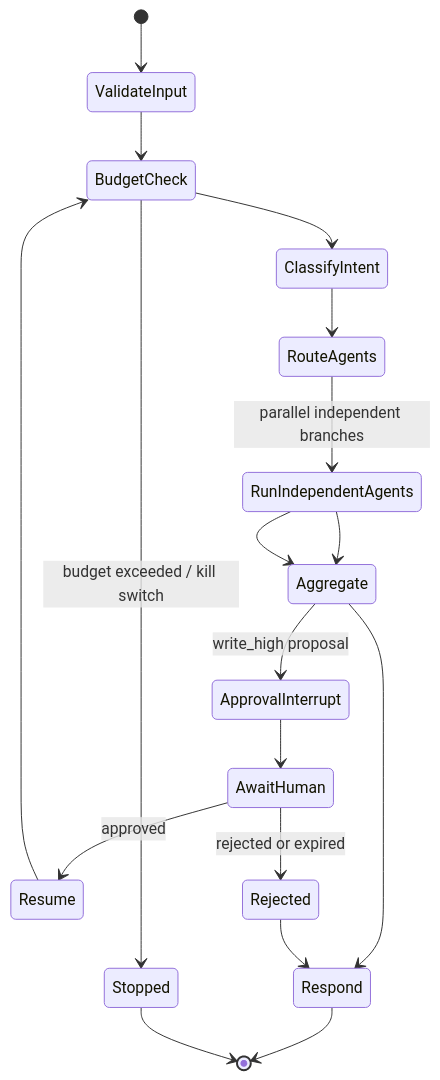
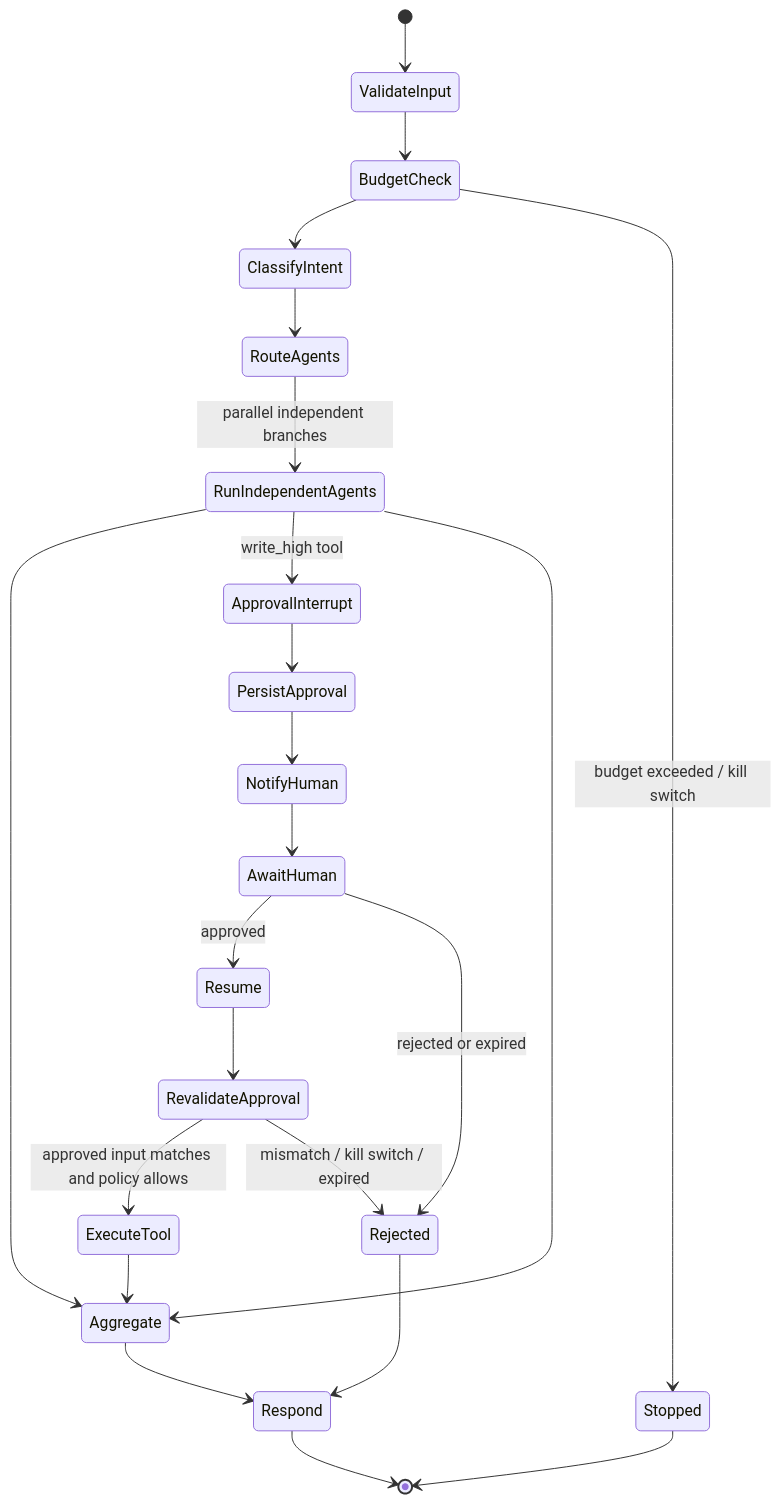
The diagram in docs/architecture/04-supervisor-graph.md (emmanuelmassawe/Multi-agent-e-commerce-platform), drawn with Mermaid before and after one commit. The commit also changed other lines of this file and 28 other files, not shown here.

````diff
--- a/docs/architecture/04-supervisor-graph.md
+++ b/docs/architecture/04-supervisor-graph.md
@@ -3,20 +3,25 @@
 ```mermaid
 stateDiagram-v2
   [*] --> ValidateInput
   ValidateInput --> BudgetCheck
   BudgetCheck --> ClassifyIntent
   BudgetCheck --> Stopped: budget exceeded / kill switch
   ClassifyIntent --> RouteAgents
   RouteAgents --> RunIndependentAgents: parallel independent branches
   RunIndependentAgents --> Aggregate
-  Aggregate --> ApprovalInterrupt: write_high proposal
-  ApprovalInterrupt --> AwaitHuman
+  RunIndependentAgents --> ApprovalInterrupt: write_high tool
+  ApprovalInterrupt --> PersistApproval
+  PersistApproval --> NotifyHuman
+  NotifyHuman --> AwaitHuman
   AwaitHuman --> Resume: approved
   AwaitHuman --> Rejected: rejected or expired
-  Resume --> BudgetCheck
+  Resume --> RevalidateApproval
+  RevalidateApproval --> ExecuteTool: approved input matches and policy allows
+  RevalidateApproval --> Rejected: mismatch / kill switch / expired
+  ExecuteTool --> Aggregate
   RunIndependentAgents --> Aggregate
   Aggregate --> Respond
   Rejected --> Respond
   Respond --> [*]
   Stopped --> [*]
 ```
````
